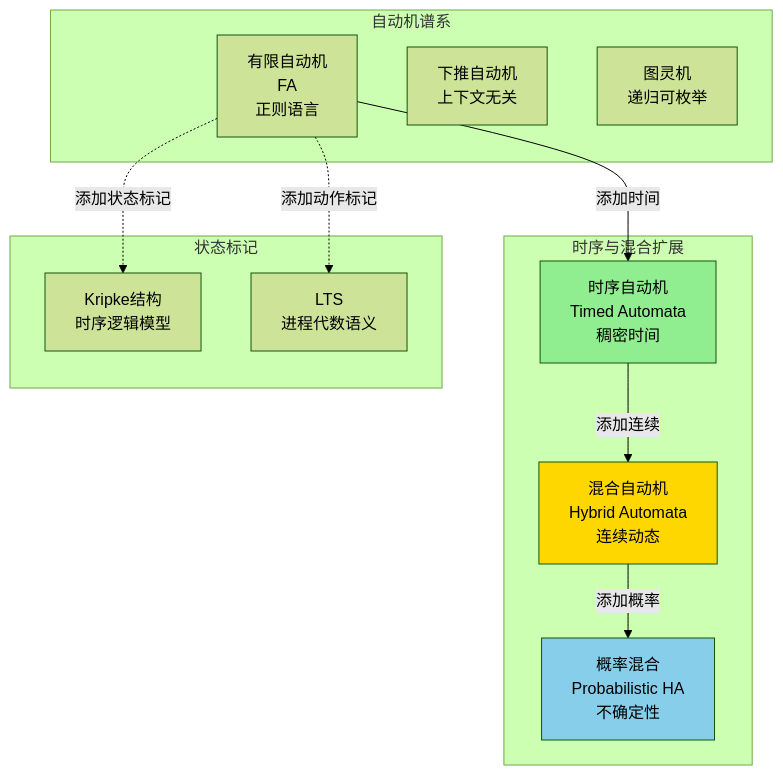
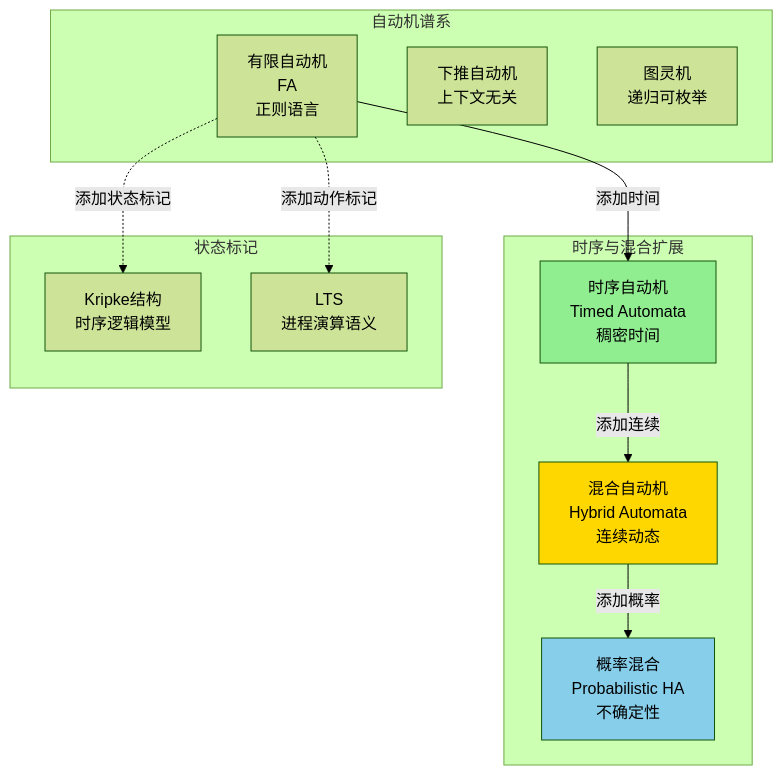
Before and after one commit to AdaMartin18010/AnalysisDataFlow: the first of 3 diagrams in formal-methods/03-model-taxonomy/02-computation-models/02-automata.md, drawn with Mermaid (forest theme). The commit also changed other lines of this file and 129 other files, not shown here.

````diff
--- a/formal-methods/03-model-taxonomy/02-computation-models/02-automata.md
+++ b/formal-methods/03-model-taxonomy/02-computation-models/02-automata.md
@@ -278,29 +278,29 @@
 ```mermaid
 graph TB
     subgraph "自动机谱系"
         FA[有限自动机<br/>FA<br/>正则语言]
         PDA[下推自动机<br/>上下文无关]
         TM[图灵机<br/>递归可枚举]
     end
 
     subgraph "时序与混合扩展"
         TA[时序自动机<br/>Timed Automata<br/>稠密时间]
         HA[混合自动机<br/>Hybrid Automata<br/>连续动态]
         PHA[概率混合<br/>Probabilistic HA<br/>不确定性]
     end
 
     subgraph "状态标记"
         KS[Kripke结构<br/>时序逻辑模型]
-        LTS[LTS<br/>进程代数语义]
+        LTS[LTS<br/>进程演算语义]
     end
 
     FA -->|添加时间| TA
     TA -->|添加连续| HA
     HA -->|添加概率| PHA
     FA -.->|添加状态标记| KS
     FA -.->|添加动作标记| LTS
 
     style TA fill:#90EE90
     style HA fill:#FFD700
     style PHA fill:#87CEEB
 ```
````
